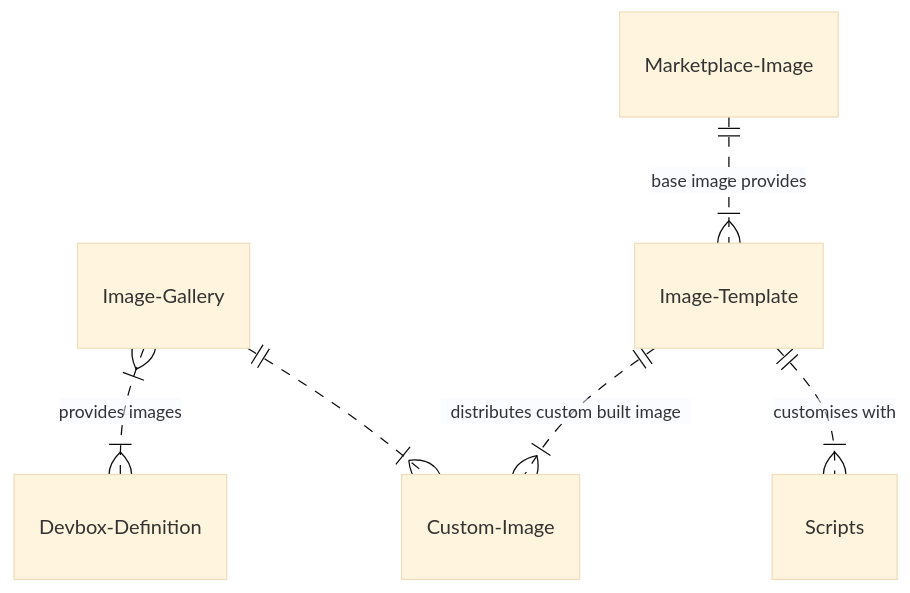
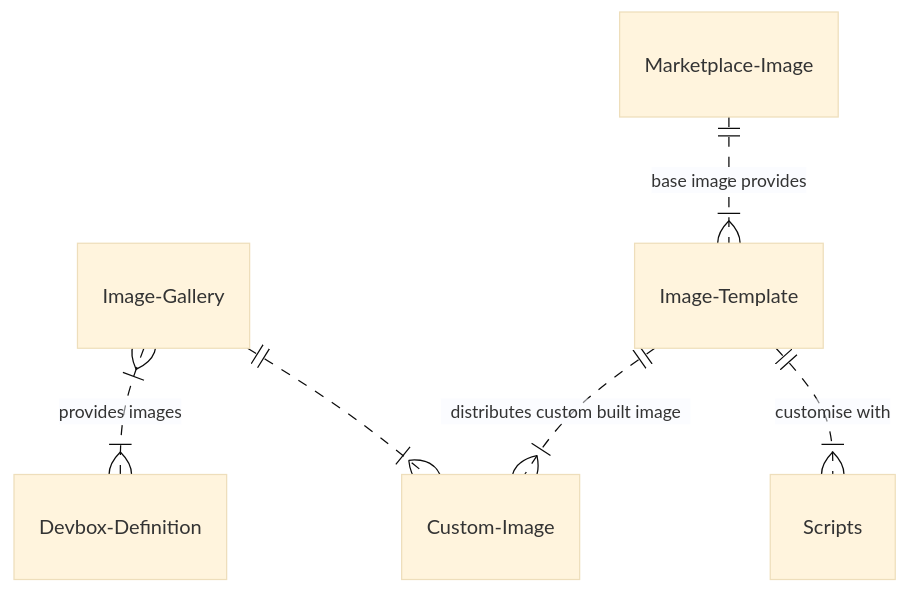
One commit to Gordonby/Devcenter changed the second of 2 diagrams in README.md. Above: the diagram before and after it, drawn with Mermaid (base theme). The commit also changed other lines of this file, not shown here.

````diff
--- a/README.md
+++ b/README.md
@@ -132,8 +134,8 @@
 ```mermaid
 erDiagram
     Image-Gallery }|..|{ Devbox-Definition : "provides images"
     Image-Gallery ||..|{ Custom-Image: ""
     Image-Template ||..|{ Custom-Image: "distributes custom built image"
     Marketplace-Image ||..|{ Image-Template: "base image provides"
-    Image-Template ||..|{ Scripts: "customises with"
+    Image-Template ||..|{ Scripts: "customise with"
 ```
````
